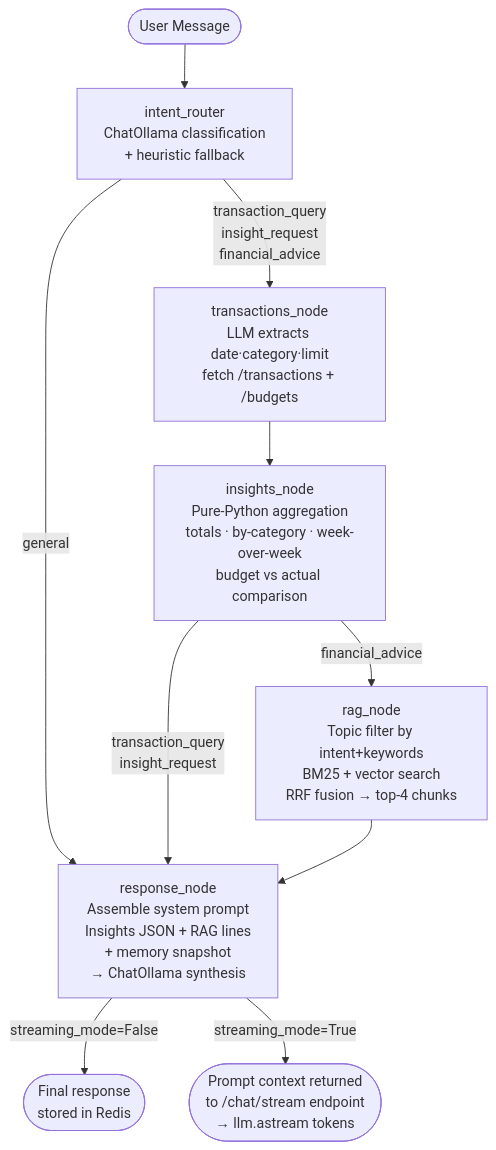
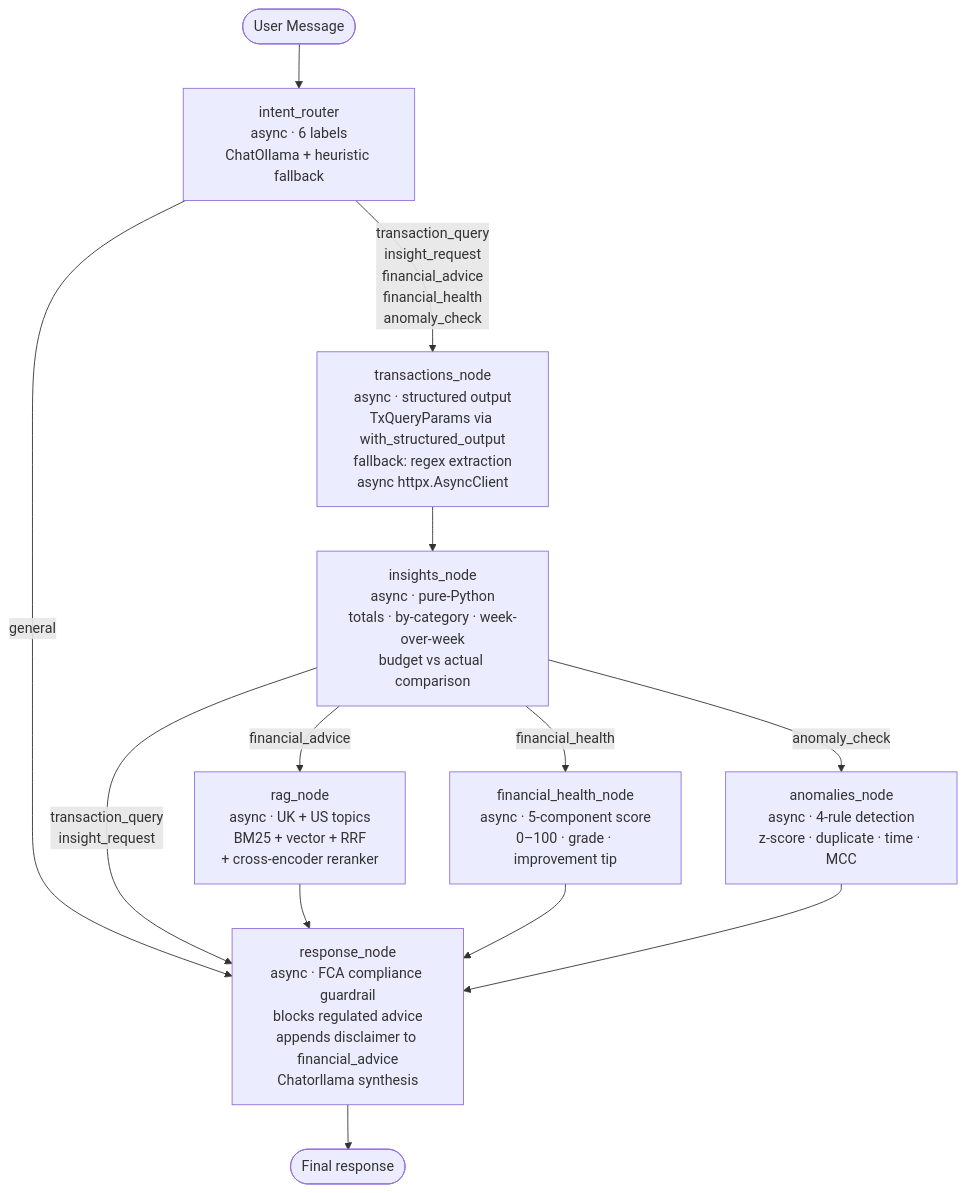
The second of 3 diagrams in finance-assistant/README.md (HumzaAwan/finance-assistant), drawn with Mermaid before and after one commit. The commit also changed other lines of this file and 32 other files, not shown here.

Commit message:
FCA Compliance

````diff
--- a/finance-assistant/README.md
+++ b/finance-assistant/README.md
@@ -54,17 +56,23 @@
 ```mermaid
 flowchart TD
-    A([User Message]) --> B[intent_router\nChatOllama classification\n+ heuristic fallback]
+    A([User Message]) --> B["intent_router\nasync · 6 labels\nChatOllama + heuristic fallback"]
 
-    B -->|transaction_query\ninsight_request\nfinancial_advice| C[transactions_node\nLLM extracts date·category·limit\nfetch /transactions + /budgets]
-    B -->|general| G
+    B -->|"transaction_query\ninsight_request\nfinancial_advice\nfinancial_health\nanomaly_check"| C["transactions_node\nasync · structured output\nTxQueryParams via with_structured_output\nfallback: regex extraction\nasync httpx.AsyncClient"]
 
-    C --> D[insights_node\nPure-Python aggregation\ntotals · by-category · week-over-week\nbudget vs actual comparison]
+    B -->|"general"| G
 
-    D -->|financial_advice| E[rag_node\nTopic filter by intent+keywords\nBM25 + vector search\nRRF fusion → top-4 chunks]
-    D -->|transaction_query\ninsight_request| G
+    C --> D["insights_node\nasync · pure-Python\ntotals · by-category · week-over-week\nbudget vs actual comparison"]
 
-    E --> G[response_node\nAssemble system prompt\nInsights JSON + RAG lines\n+ memory snapshot\n→ ChatOllama synthesis]
+    D -->|"financial_advice"| E["rag_node\nasync · UK + US topics\nBM25 + vector + RRF\n+ cross-encoder reranker"]
+    D -->|"financial_health"| FH["financial_health_node\nasync · 5-component score\n0–100 · grade · improvement tip"]
+    D -->|"anomaly_check"| AN["anomalies_node\nasync · 4-rule detection\nz-score · duplicate · time · MCC"]
+    D -->|"transaction_query\ninsight_request"| G
 
-    G -->|streaming_mode=False| H([Final response\nstored in Redis])
-    G -->|streaming_mode=True| I([Prompt context returned\nto /chat/stream endpoint\n→ llm.astream tokens])
+    E --> G
+    FH --> G
+    AN --> G
+
+    G["response_node\nasync · FCA compliance guardrail\nblocks regulated advice\nappends disclaimer to financial_advice\nChatorllama synthesis"]
+
+    G --> H(["Final response"])
 ```
````
